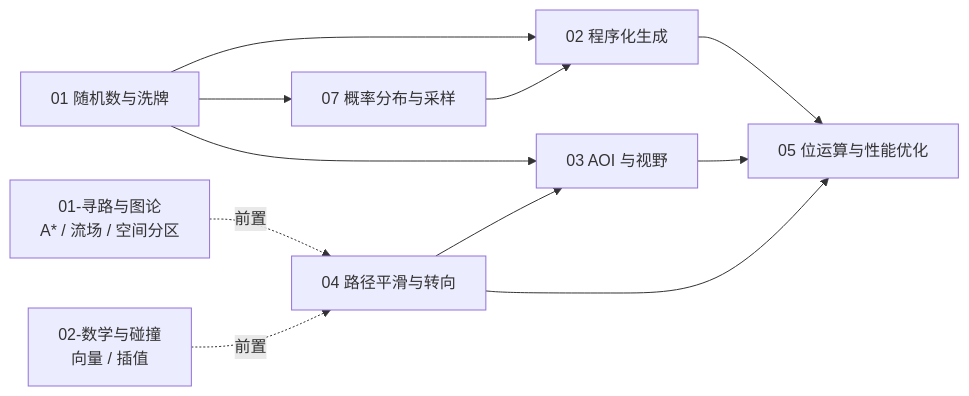
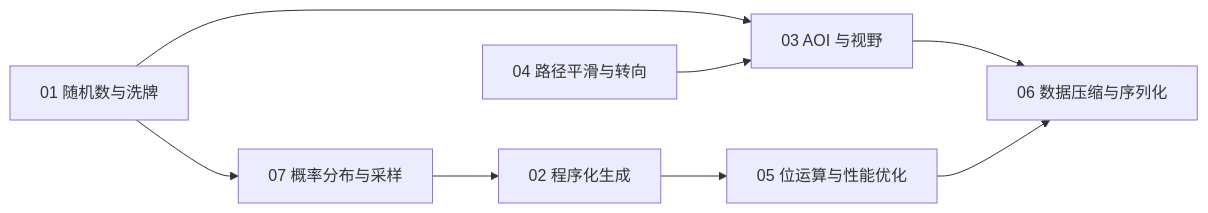
Before and after one commit to fantuan812/learning: the second of 2 diagrams in 游戏算法/03-工程与实用技巧/README.md, drawn with Mermaid. The commit also changed other lines of this file and 25 other files, not shown here.

````diff
--- a/游戏算法/03-工程与实用技巧/README.md
+++ b/游戏算法/03-工程与实用技巧/README.md
@@ -44,13 +97,10 @@
 ```mermaid
 flowchart LR
-    A["01 随机数与洗牌"] --> B["02 程序化生成"]
-    A --> H["07 概率分布与采样"]
-    H --> B
+    A["01 随机数与洗牌"] --> H["07 概率分布与采样"]
+    H --> B["02 程序化生成"]
     A --> C["03 AOI 与视野"]
     E["04 路径平滑与转向"] --> C
+    C --> F["06 数据压缩与序列化"]
     B --> D["05 位运算与性能优化"]
-    C --> D
-    E --> D
-    F["01-寻路与图论<br/>A* / 流场 / 空间分区"] -.前置.-> E
-    G["02-数学与碰撞<br/>向量 / 插值"] -.前置.-> E
+    D --> F
 ```
````
